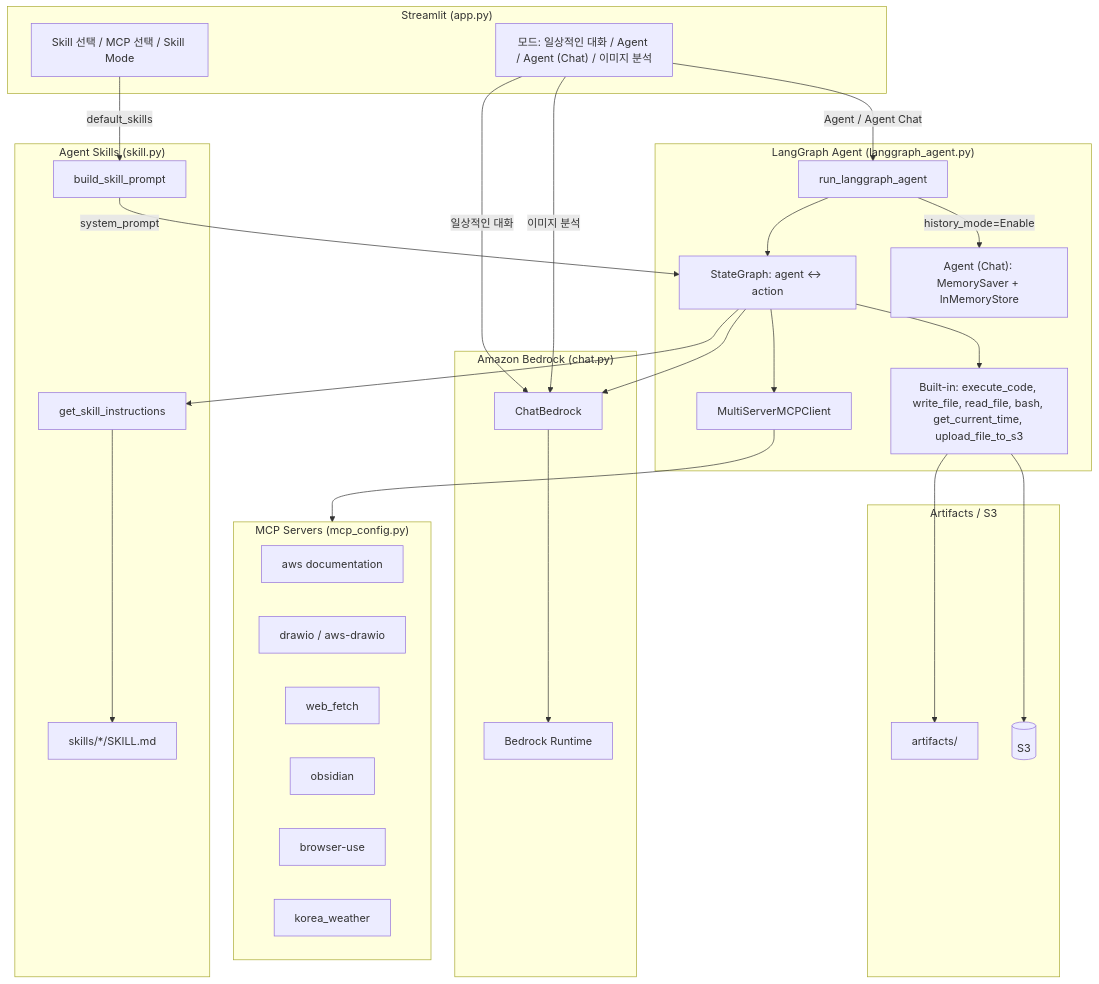
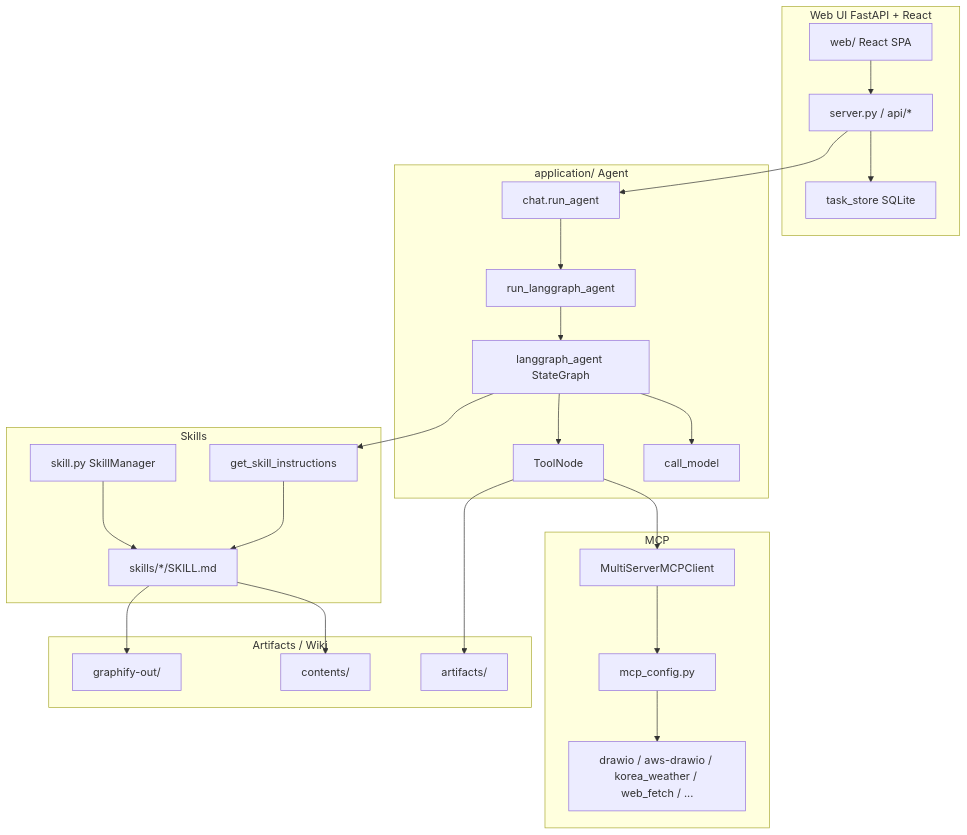
The diagram in README.md (kyopark2014/agent-wiki), drawn with Mermaid before and after one commit. The commit also changed other lines of this file and 108 other files, not shown here.

First line of the commit message:
Add FastAPI Agent UI and standalone Graphify knowledge-graph pipeline.

````diff
--- a/README.md
+++ b/README.md
@@ -24,58 +44,51 @@
 ```mermaid
 flowchart TB
-  subgraph UI["Streamlit (app.py)"]
-    M["모드: 일상적인 대화 / Agent / Agent (Chat) / 이미지 분석"]
-    SKUI[Skill 선택 / MCP 선택 / Skill Mode]
+  subgraph UI["Web UI FastAPI + React"]
+    SPA["web/ React SPA"]
+    API["server.py / api/*"]
+    TS[task_store SQLite]
   end
 
-  subgraph LLM["Amazon Bedrock (chat.py)"]
-    CB[ChatBedrock]
-    BR[Bedrock Runtime]
+  subgraph Agent["application/ Agent"]
+    RA["chat.run_agent"]
+    RLA["run_langgraph_agent"]
+    SG["langgraph_agent StateGraph"]
+    CM[call_model]
+    TN[ToolNode]
   end
 
-  subgraph Skills["Agent Skills (skill.py)"]
-    SRC["skills/*/SKILL.md"]
-    BSP[build_skill_prompt]
+  subgraph Skills["Skills"]
+    SM[skill.py SkillManager]
+    SK["skills/*/SKILL.md"]
     GSI[get_skill_instructions]
   end
 
-  subgraph LangGraphStack["LangGraph Agent (langgraph_agent.py)"]
-    RLA[run_langgraph_agent]
-    SG["StateGraph: agent ↔ action"]
-    BN["Built-in: execute_code, write_file, read_file, bash, get_current_time, upload_file_to_s3"]
-    MCP[MultiServerMCPClient]
-    MEM["Agent (Chat): MemorySaver + InMemoryStore"]
+  subgraph MCP["MCP"]
+    CFG[mcp_config.py]
+    SRV["drawio / aws-drawio / korea_weather / web_fetch / ..."]
+    CLI[MultiServerMCPClient]
   end
 
-  subgraph MCPServers["MCP Servers (mcp_config.py)"]
-    AWS[aws documentation]
-    DR[drawio / aws-drawio]
-    WF[web_fetch]
-    OB[obsidian]
-    BU[browser-use]
-    KW[korea_weather]
+  subgraph Storage["Artifacts / Wiki"]
+    ART[artifacts/]
+    CONT[contents/]
+    GOUT[graphify-out/]
   end
 
-  subgraph Storage["Artifacts / S3"]
-    ART[artifacts/]
-    S3[(S3)]
-  end
-
-  M -->|일상적인 대화| CB
-  M -->|Agent / Agent Chat| RLA
-  M -->|이미지 분석| CB
-  SKUI -->|default_skills| BSP
-
+  SPA --> API
+  API --> TS
+  API --> RA
+  RA --> RLA
   RLA --> SG
-  SG --> CB
-  CB --> BR
-  SG --> BN
-  SG --> MCP
+  SG --> CM
+  SG --> TN
   SG --> GSI
-  BSP -->|system_prompt| SG
-  GSI --> SRC
-  MCP --> MCPServers
-  BN --> ART
-  BN --> S3
-  RLA -->|history_mode=Enable| MEM
+  SM --> SK
+  GSI --> SK
+  TN --> CLI
+  CLI --> CFG
+  CFG --> SRV
+  TN --> ART
+  SK --> CONT
+  SK --> GOUT
 ```
````
